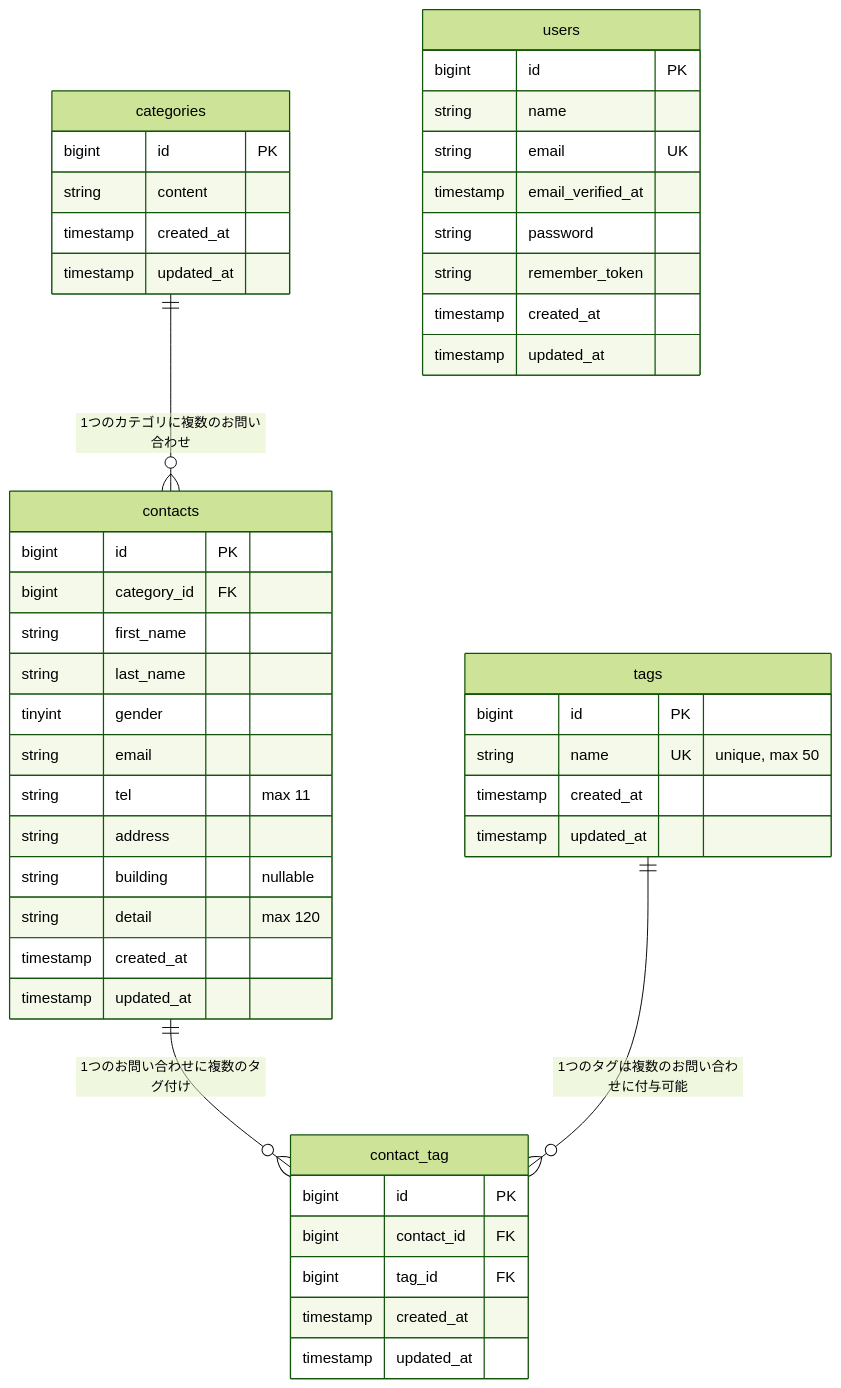
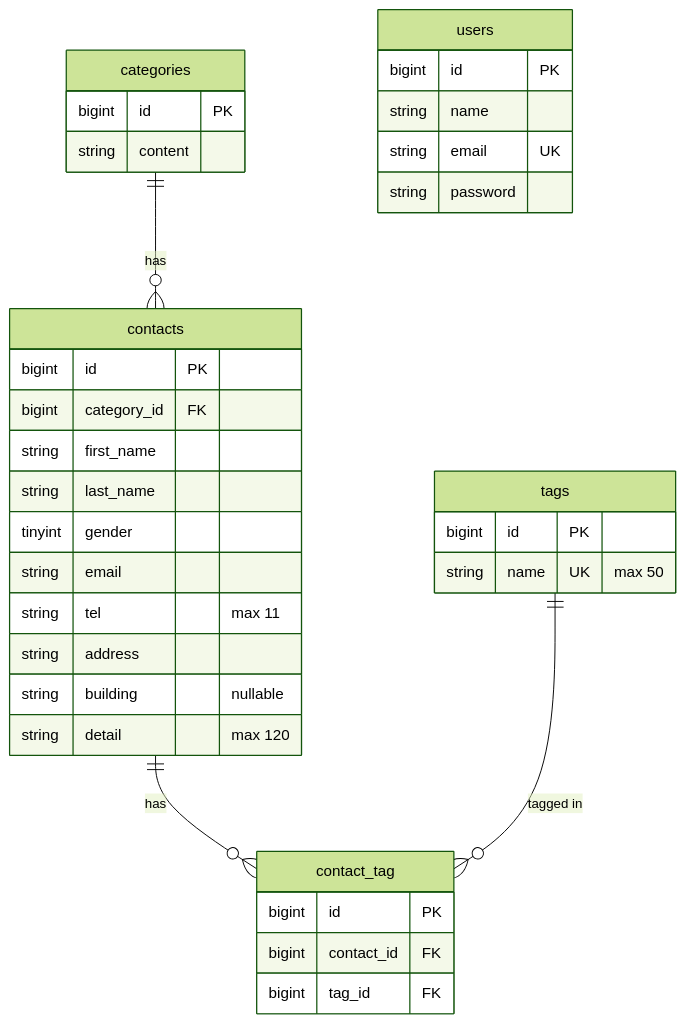
One commit to hukuitappei/contact-form-project changed the second of 2 diagrams in docs/er-diagram.md. Above: the diagram before and after it, drawn with Mermaid (forest theme). The commit also changed other lines of this file, not shown here.

Commit message:
docs: ER図を概要図・詳細図の2段構成に改善

````diff
--- a/docs/er-diagram.md
+++ b/docs/er-diagram.md
@@ -5,54 +37,42 @@
 ```mermaid
 erDiagram
-    categories ||--o{ contacts : "1つのカテゴリに複数のお問い合わせ"
-    contacts ||--o{ contact_tag : "1つのお問い合わせに複数のタグ付け"
-    tags ||--o{ contact_tag : "1つのタグは複数のお問い合わせに付与可能"
+    categories ||--o{ contacts : has
+    contacts ||--o{ contact_tag : has
+    tags ||--o{ contact_tag : "tagged in"
 
     categories {
         bigint id PK
         string content
-        timestamp created_at
-        timestamp updated_at
     }
 
     tags {
         bigint id PK
-        string name UK "unique, max 50"
-        timestamp created_at
-        timestamp updated_at
+        string name UK "max 50"
     }
 
     contacts {
         bigint id PK
         bigint category_id FK
         string first_name
         string last_name
         tinyint gender
         string email
         string tel "max 11"
         string address
         string building "nullable"
         string detail "max 120"
-        timestamp created_at
-        timestamp updated_at
     }
 
     contact_tag {
         bigint id PK
         bigint contact_id FK
         bigint tag_id FK
-        timestamp created_at
-        timestamp updated_at
     }
 
     users {
         bigint id PK
         string name
         string email UK
-        timestamp email_verified_at
         string password
-        string remember_token
-        timestamp created_at
-        timestamp updated_at
     }
 ```
````
